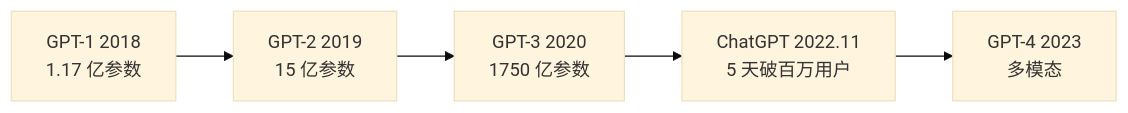
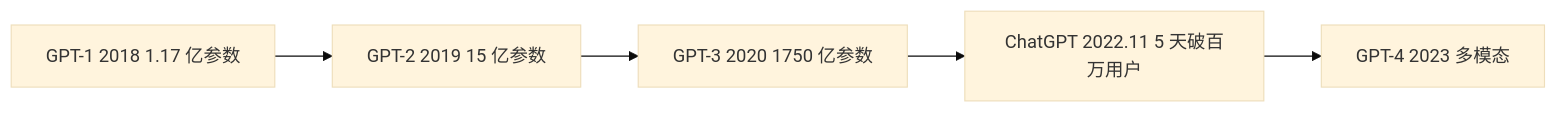
Before and after one commit to fuzhengwei/CodeGuide: the seventh of 32 diagrams in docs/md/ai/ai-llm.md, drawn with Mermaid (base theme). The commit also changed other lines of this file, not shown here.

````diff
--- a/docs/md/ai/ai-llm.md
+++ b/docs/md/ai/ai-llm.md
@@ -173,7 +173,7 @@
 ```mermaid
 graph LR
-    A["GPT-1 2018<br/>1.17 亿参数"] --> B["GPT-2 2019<br/>15 亿参数"]
-    B --> C["GPT-3 2020<br/>1750 亿参数"]
-    C --> D["ChatGPT 2022.11<br/>5 天破百万用户"]
-    D --> E["GPT-4 2023<br/>多模态"]
+    A["GPT-1 2018 1.17 亿参数"] --> B["GPT-2 2019 15 亿参数"]
+    B --> C["GPT-3 2020 1750 亿参数"]
+    C --> D["ChatGPT 2022.11 5 天破百万用户"]
+    D --> E["GPT-4 2023 多模态"]
 ```
````
